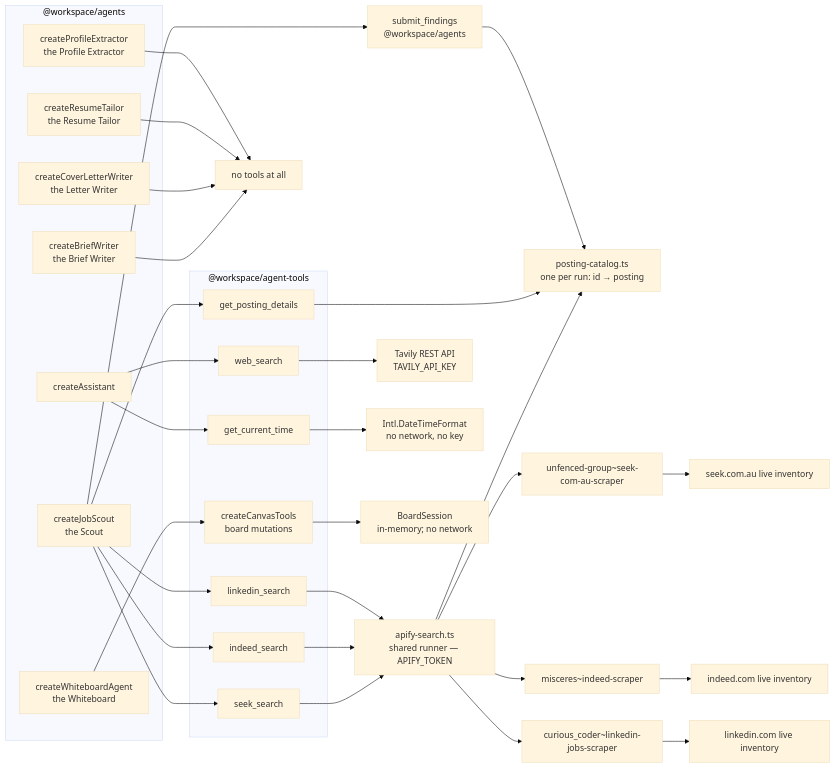
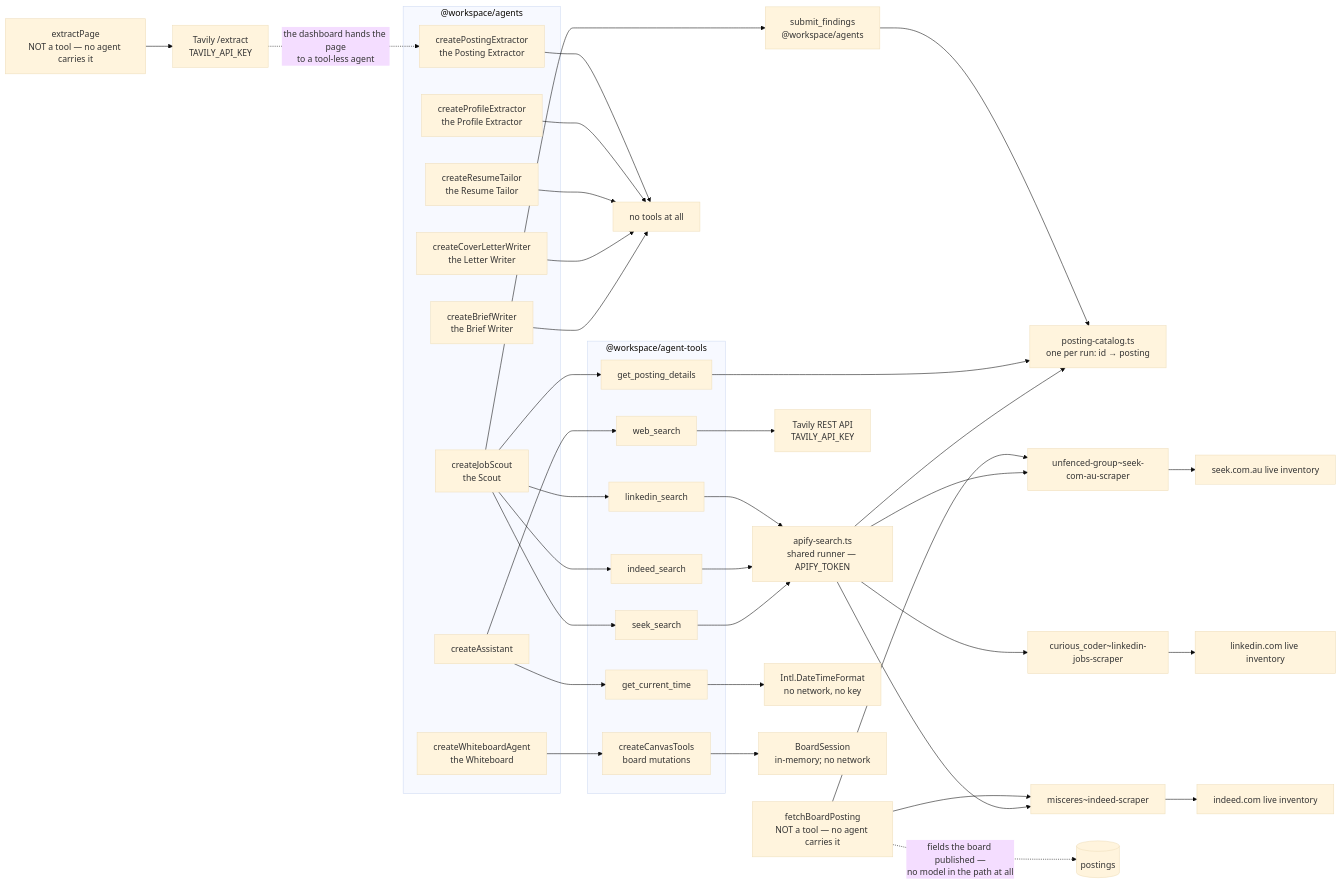
One commit to sunnyeyles/control-panel changed the third of 5 diagrams in docs/agent-architecture.md. Above: the diagram before and after it, drawn with Mermaid (base theme). The commit also changed other lines of this file and 50 other files, not shown here.

````diff
--- a/docs/agent-architecture.md
+++ b/docs/agent-architecture.md
@@ -127,53 +127,60 @@
 ```mermaid
 flowchart LR
     subgraph named ["@workspace/agents"]
         SCOUT["createJobScout<br/>the Scout"]
         BW["createBriefWriter<br/>the Brief Writer"]
         CLW["createCoverLetterWriter<br/>the Letter Writer"]
         RT["createResumeTailor<br/>the Resume Tailor"]
         PE["createProfileExtractor<br/>the Profile Extractor"]
+        PX["createPostingExtractor<br/>the Posting Extractor"]
         ASST["createAssistant"]
         WB["createWhiteboardAgent<br/>the Whiteboard"]
     end
 
     subgraph catalog ["@workspace/agent-tools"]
         SEEK["seek_search"]
         IND["indeed_search"]
         LI["linkedin_search"]
         DET["get_posting_details"]
         WEB["web_search"]
         TIME["get_current_time"]
         CANVAS["createCanvasTools<br/>board mutations"]
     end
 
     NONE["no tools at all"]
 
     SCOUT --> SEEK
     SCOUT --> IND
     SCOUT --> LI
     SCOUT --> DET
     SCOUT --> SUB["submit_findings<br/>@workspace/agents"]
     ASST --> WEB
     ASST --> TIME
     WB --> CANVAS
     BW --> NONE
     CLW --> NONE
     RT --> NONE
     PE --> NONE
+    PX --> NONE
 
     SEEK --> RUN["apify-search.ts<br/>shared runner — APIFY_TOKEN"]
     IND --> RUN
     LI --> RUN
     RUN --> CAT["posting-catalog.ts<br/>one per run: id → posting"]
     DET --> CAT
     SUB --> CAT
     RUN --> A1["unfenced-group~seek-com-au-scraper"]
     RUN --> A2["misceres~indeed-scraper"]
     RUN --> A3["curious_coder~linkedin-jobs-scraper"]
     A1 --> L1["seek.com.au live inventory"]
     A2 --> L2["indeed.com live inventory"]
     A3 --> L3["linkedin.com live inventory"]
     WEB --> TAV["Tavily REST API<br/>TAVILY_API_KEY"]
+    FETCH["extractPage<br/>NOT a tool — no agent carries it"] --> TAVX["Tavily /extract<br/>TAVILY_API_KEY"]
+    TAVX -.->|"the dashboard hands the page<br/>to a tool-less agent"| PX
+    BFETCH["fetchBoardPosting<br/>NOT a tool — no agent carries it"] --> A1
+    BFETCH --> A2
+    BFETCH -.->|"fields the board published —<br/>no model in the path at all"| PTBL[("postings")]
     TIME --> INTL["Intl.DateTimeFormat<br/>no network, no key"]
     CANVAS --> BOARD["BoardSession<br/>in-memory; no network"]
 ```
````
